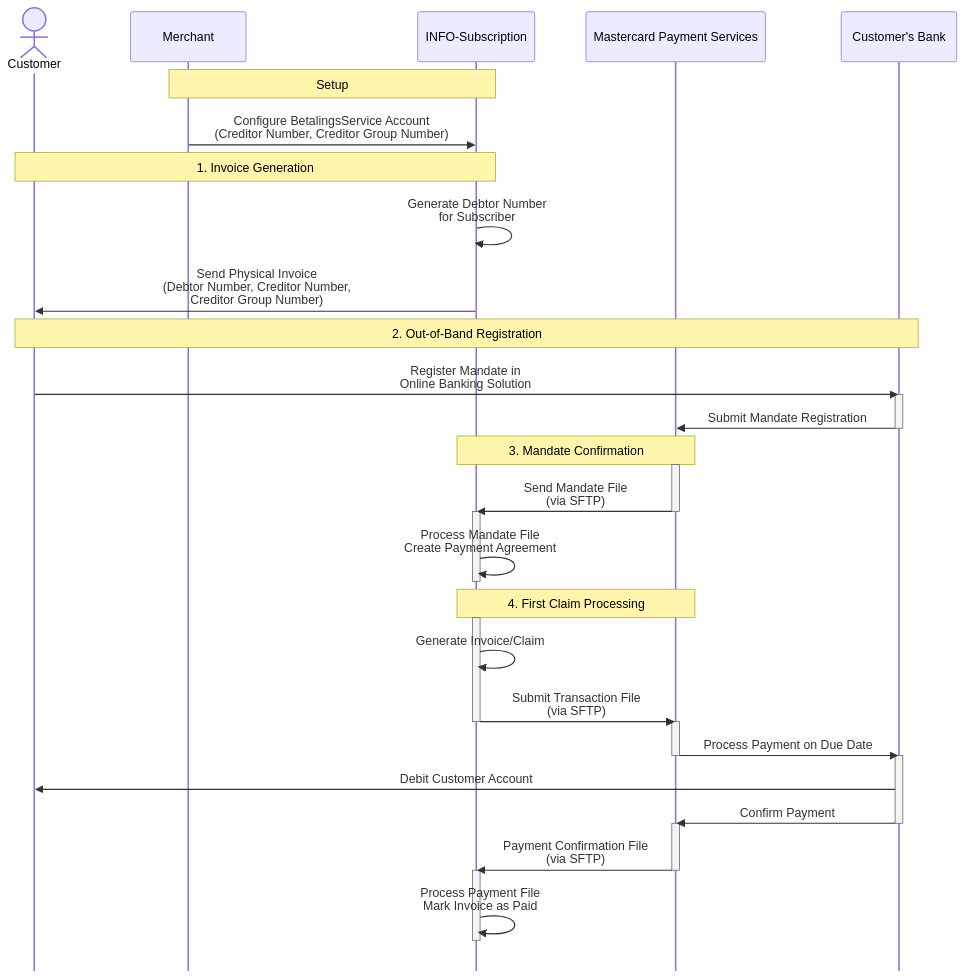
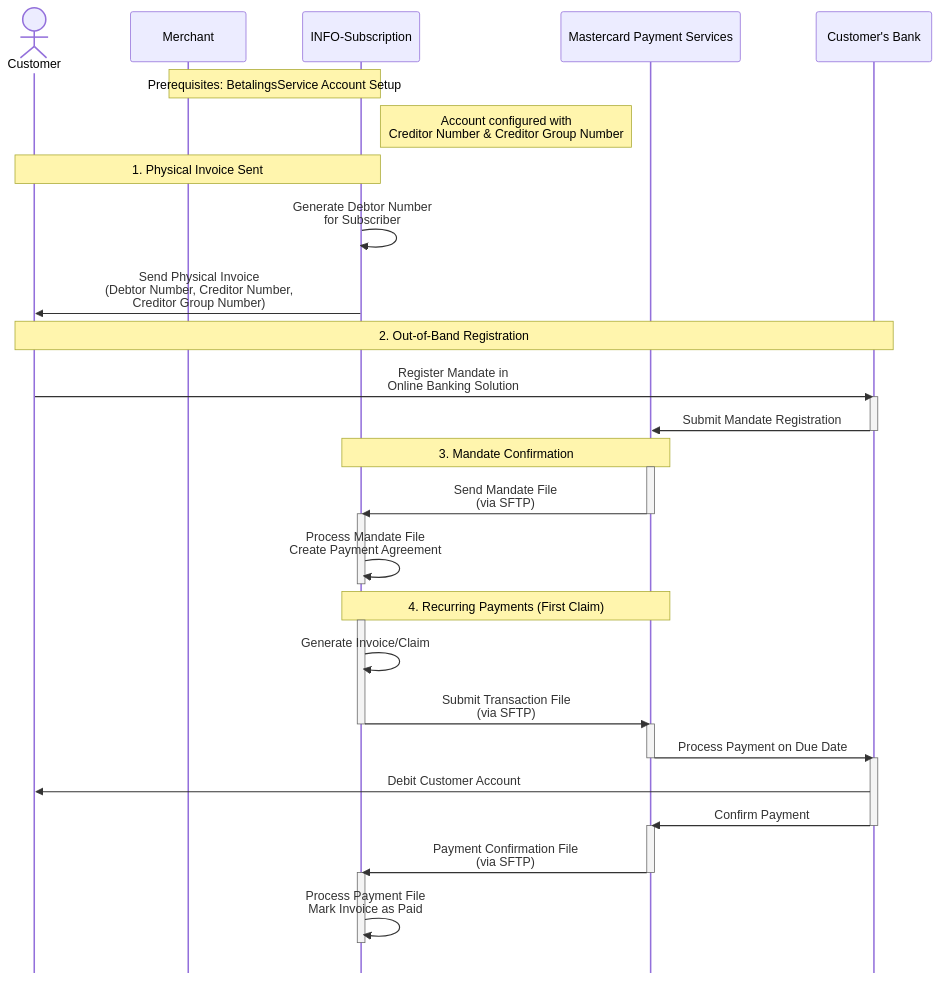
One commit to infosoftas/info-subscription-doc changed the diagram in source/payments/providers/betalingsservice-mandate-flow.mmd. Above: the diagram before and after it, drawn with Mermaid.

Commit message:
Clarify BetalingsService diagram setup step and align step numbering with text

```diff
--- a/source/payments/providers/betalingsservice-mandate-flow.mmd
+++ b/source/payments/providers/betalingsservice-mandate-flow.mmd
@@ -1,51 +1,51 @@
 %%{init: { 'sequence': { 'mirrorActors': false } } }%%
 sequenceDiagram
     actor Customer
     participant Merchant
     participant INFO as INFO-Subscription
     participant MPS as Mastercard Payment Services
     participant Bank as Customer's Bank
 
-    Note over Merchant,INFO: Setup
-    Merchant->>INFO: Configure BetalingsService Account<br/>(Creditor Number, Creditor Group Number)
+    Note over Merchant,INFO: Prerequisites: BetalingsService Account Setup
+    Note right of INFO: Account configured with<br/>Creditor Number & Creditor Group Number
     
-    Note over INFO,Customer: 1. Invoice Generation
+    Note over INFO,Customer: 1. Physical Invoice Sent
     INFO->>INFO: Generate Debtor Number<br/>for Subscriber
     INFO->>Customer: Send Physical Invoice<br/>(Debtor Number, Creditor Number,<br/>Creditor Group Number)
     
     Note over Customer,Bank: 2. Out-of-Band Registration
     Customer->>Bank: Register Mandate in<br/>Online Banking Solution
     activate Bank
     Bank->>MPS: Submit Mandate Registration
     deactivate Bank
     
     Note over MPS,INFO: 3. Mandate Confirmation
     activate MPS
     MPS->>INFO: Send Mandate File<br/>(via SFTP)
     deactivate MPS
     activate INFO
     INFO->>INFO: Process Mandate File<br/>Create Payment Agreement
     deactivate INFO
     
-    Note over INFO,MPS: 4. First Claim Processing
+    Note over INFO,MPS: 4. Recurring Payments (First Claim)
     activate INFO
     INFO->>INFO: Generate Invoice/Claim
     INFO->>MPS: Submit Transaction File<br/>(via SFTP)
     deactivate INFO
     
     activate MPS
     MPS->>Bank: Process Payment on Due Date
     deactivate MPS
     
     activate Bank
     Bank->>Customer: Debit Customer Account
     Bank->>MPS: Confirm Payment
     deactivate Bank
     
     activate MPS
     MPS->>INFO: Payment Confirmation File<br/>(via SFTP)
     deactivate MPS
     
     activate INFO
     INFO->>INFO: Process Payment File<br/>Mark Invoice as Paid
     deactivate INFO
```
